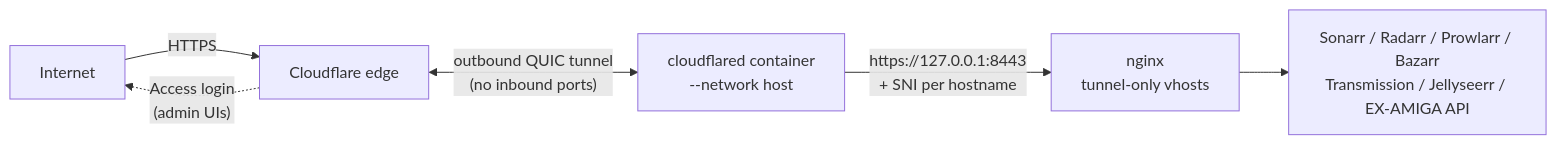
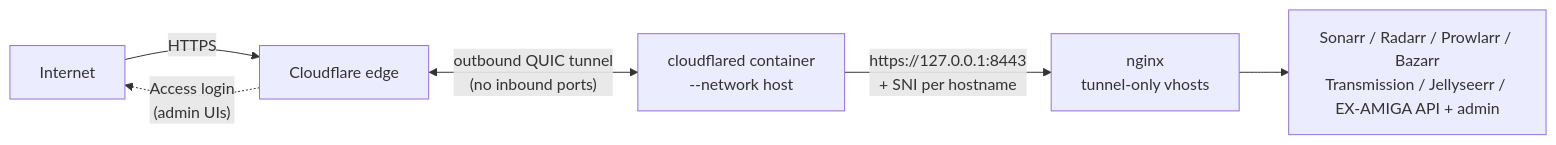
One commit to sillyash/homelab changed the diagram in services/cloudflared/README.md. Above: the diagram before and after it, drawn with Mermaid. The commit also changed other lines of this file and 6 other files, not shown here.

````diff
--- a/services/cloudflared/README.md
+++ b/services/cloudflared/README.md
@@ -18,8 +18,8 @@
 ```mermaid
 graph LR
     users["Internet"] -->|HTTPS| edge["Cloudflare edge"]
     edge <-->|"outbound QUIC tunnel<br>(no inbound ports)"| cloudflared["cloudflared container<br>--network host"]
     edge -.->|"Access login<br>(admin UIs)"| users
     cloudflared -->|"https://127.0.0.1:8443<br>+ SNI per hostname"| nginx["nginx<br>tunnel-only vhosts"]
-    nginx --> apps["Sonarr / Radarr / Prowlarr / Bazarr<br>Transmission / Jellyseerr / EX-AMIGA API"]
+    nginx --> apps["Sonarr / Radarr / Prowlarr / Bazarr<br>Transmission / Jellyseerr / EX-AMIGA API + admin"]
 ```
````
